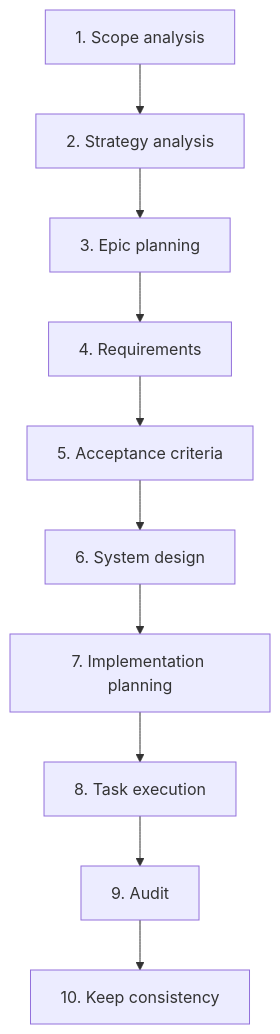
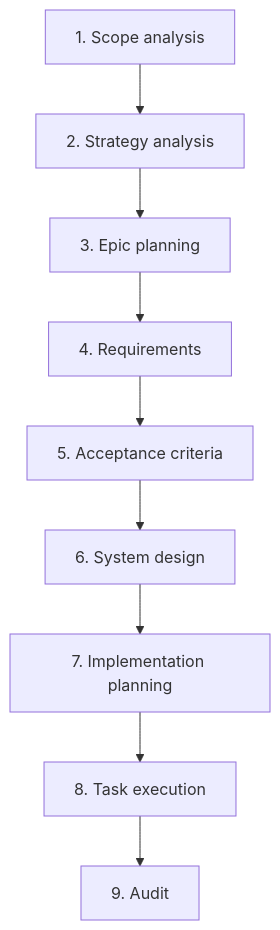
The first of 2 diagrams in ai-sdlc/specification/pipeline.spec.md (asubbot/personal-assistant), drawn with Mermaid before and after one commit. The commit also changed other lines of this file and 3 other files, not shown here.

First line of the commit message:
docs: remove pipeline stage 10 (keep consistency)

````diff
--- a/ai-sdlc/specification/pipeline.spec.md
+++ b/ai-sdlc/specification/pipeline.spec.md
@@ -18,14 +18,13 @@
 ```mermaid
 flowchart TB
   A[1. Scope analysis]
   B[2. Strategy analysis]
   C[3. Epic planning]
   D[4. Requirements]
   E[5. Acceptance criteria]
   F[6. System design]
   G[7. Implementation planning]
   H[8. Task execution]
   I[9. Audit]
-  J[10. Keep consistency]
-  A --> B --> C --> D --> E --> F --> G --> H --> I --> J
+  A --> B --> C --> D --> E --> F --> G --> H --> I
 ```
````
